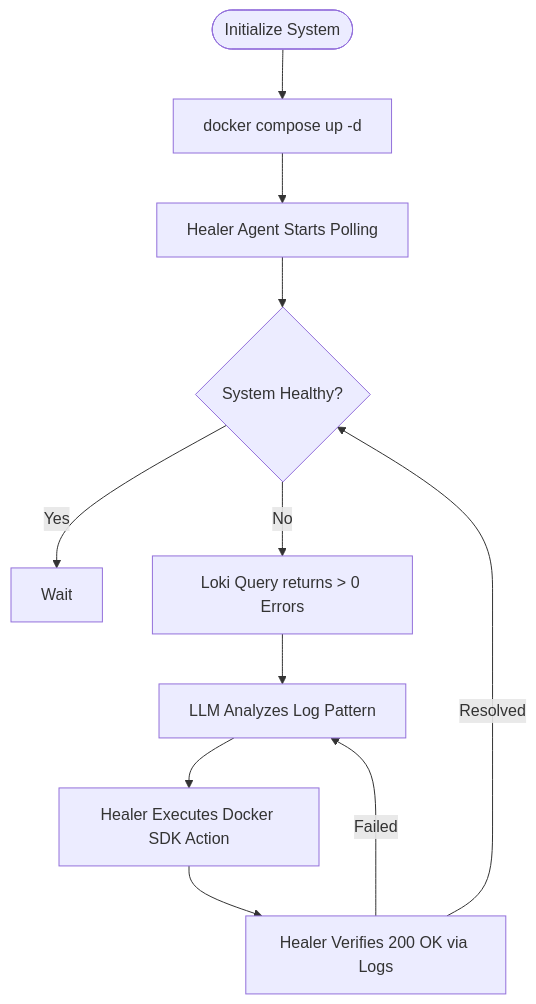
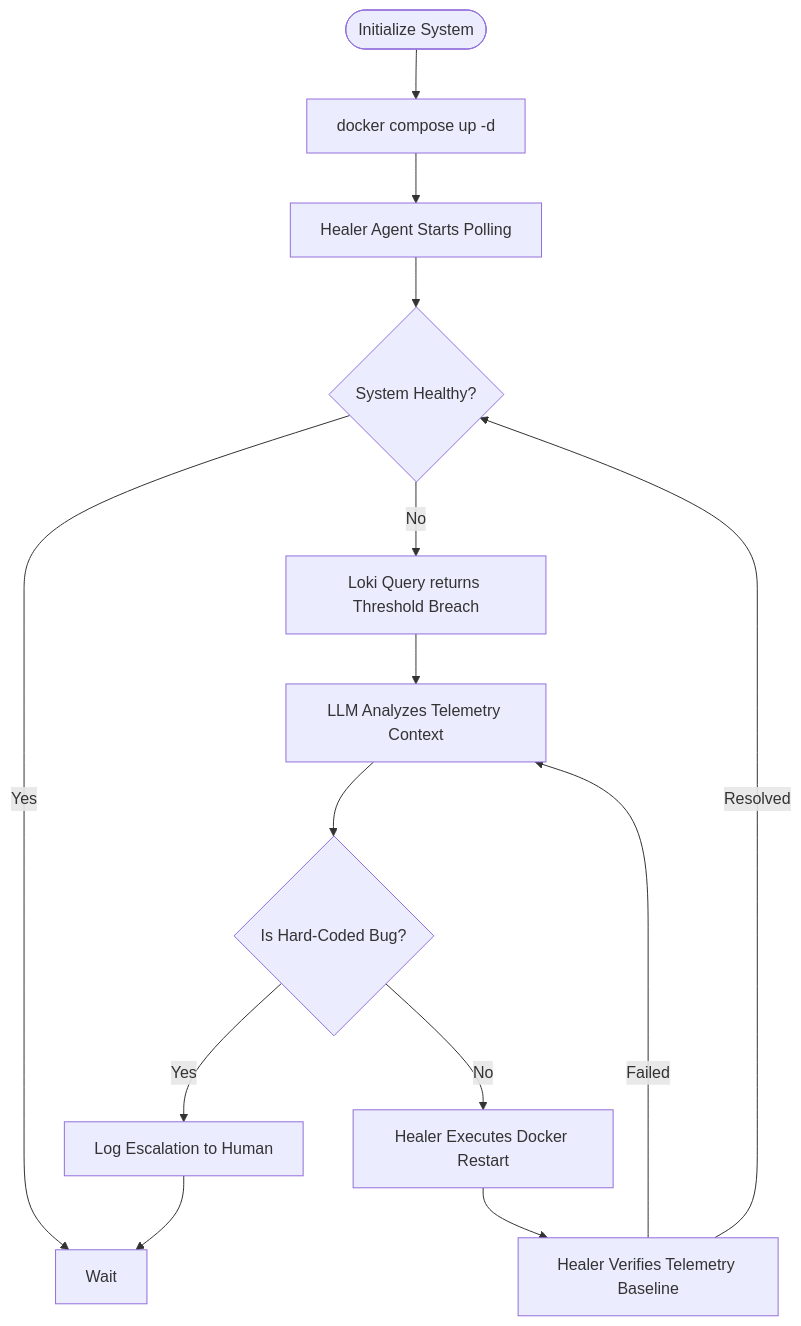
One commit to sedna08/chaos-and-recovery-agent changed the fourth of 4 diagrams in docs/functional_design_document.md. Above: the diagram before and after it, drawn with Mermaid. The commit also changed other lines of this file and 1 other file, not shown here.

````diff
--- a/docs/functional_design_document.md
+++ b/docs/functional_design_document.md
@@ -148,16 +154,21 @@
 ```mermaid
 flowchart TD
     Start([Initialize System]) --> ComposeUp[docker compose up -d]
     ComposeUp --> Monitor[Healer Agent Starts Polling]
     Monitor --> SteadyState{System Healthy?}
 
     SteadyState -->|Yes| Wait[Wait]
-    SteadyState -->|No| Detect[Loki Query returns > 0 Errors]
+    SteadyState -->|No| Detect[Loki Query returns Threshold Breach]
 
-    Detect --> Brain[LLM Analyzes Log Pattern]
-    Brain --> Fix[Healer Executes Docker SDK Action]
-    Fix --> Verify[Healer Verifies 200 OK via Logs]
+    Detect --> Brain[LLM Analyzes Telemetry Context]
+    Brain --> IsBug{Is Hard-Coded Bug?}
+
+    IsBug -->|Yes| Escalate[Log Escalation to Human]
+    IsBug -->|No| Fix[Healer Executes Docker Restart]
+
+    Fix --> Verify[Healer Verifies Telemetry Baseline]
+    Escalate --> Wait
 
     Verify -->|Resolved| SteadyState
     Verify -->|Failed| Brain
 ```
````
